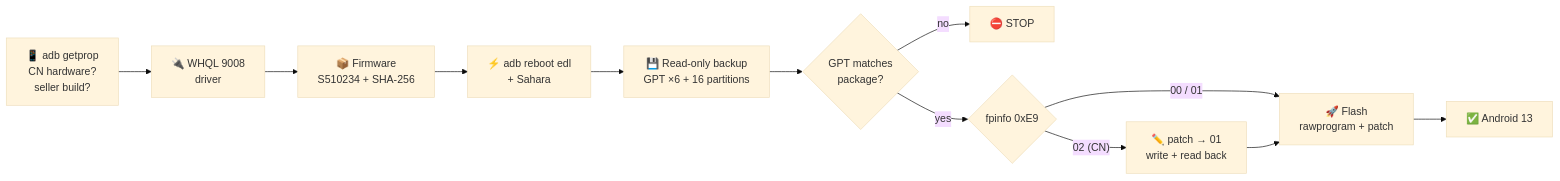
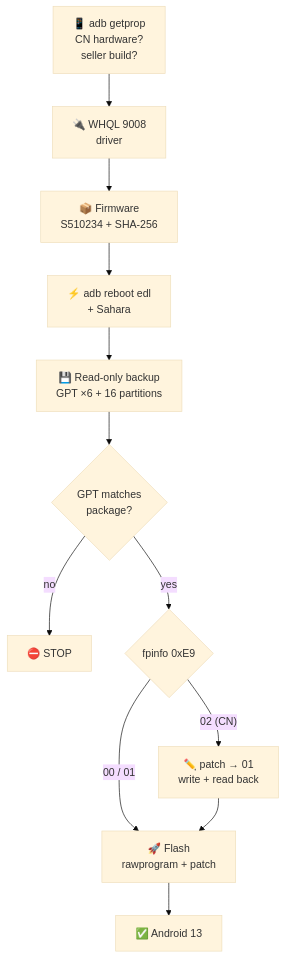
Before and after one commit to dobrdigital/YOGATAB13.android13.FLASH: the first of 2 diagrams in README.md, drawn with Mermaid (base theme). The commit also changed other lines of this file, not shown here.

Commit message:
README: top-down flow diagram for readability

````diff
--- a/README.md
+++ b/README.md
@@ -61,13 +61,13 @@
 ```mermaid
-flowchart LR
+flowchart TD
     A["📱 adb getprop<br/>CN hardware?<br/>seller build?"] --> B["🔌 WHQL 9008<br/>driver"]
     B --> C["📦 Firmware<br/>S510234 + SHA-256"]
     C --> D["⚡ adb reboot edl<br/>+ Sahara"]
     D --> E["💾 Read-only backup<br/>GPT ×6 + 16 partitions"]
     E --> F{"GPT matches<br/>package?"}
     F -- no --> X["⛔ STOP"]
     F -- yes --> G{"fpinfo 0xE9"}
     G -- "00 / 01" --> H["🚀 Flash<br/>rawprogram + patch"]
     G -- "02 (CN)" --> P["✏️ patch → 01<br/>write + read back"] --> H
     H --> I["✅ Android 13"]
 ```
````
